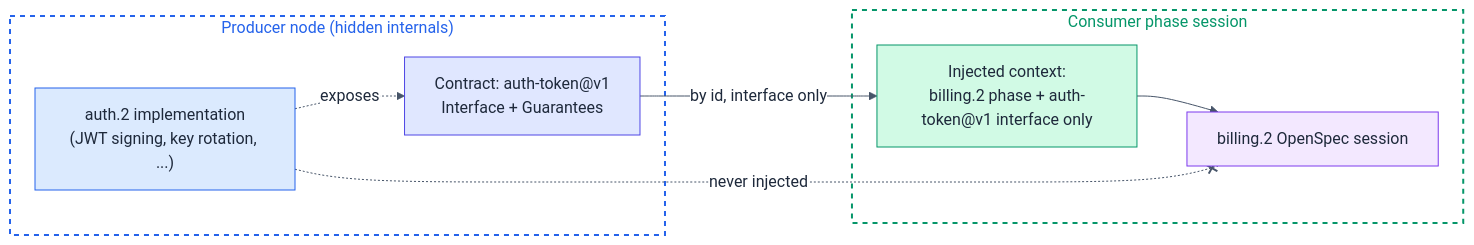
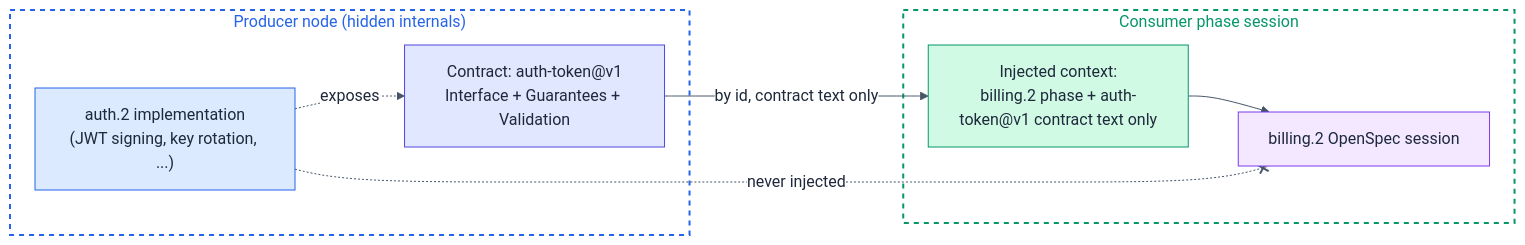
The third of 4 diagrams in spec/hsdd-spec-v0_10.md (mpurbo/hsdd), drawn with Mermaid before and after one commit. The commit also changed other lines of this file and 8 other files, not shown here.

First line of the commit message:
fix(hsdd-config): inject each contract's Validation; add the referenced direction

````diff
--- a/spec/hsdd-spec-v0_10.md
+++ b/spec/hsdd-spec-v0_10.md
@@ -553,25 +558,25 @@
 ```mermaid
 %%{init:{'theme':'base','themeVariables':{'primaryTextColor':'#1e293b','lineColor':'#475569','edgeLabelBackground':'#ffffff','tertiaryTextColor':'#1e293b'}}}%%
 flowchart LR
     subgraph producer ["Producer node (hidden internals)"]
         pi["auth.2 implementation<br/>(JWT signing, key rotation, ...)"]
-        c["Contract: auth-token@v1<br/>Interface + Guarantees"]
+        c["Contract: auth-token@v1<br/>Interface + Guarantees + Validation"]
         pi -. exposes .-> c
     end
 
     subgraph consumer ["Consumer phase session"]
         sess["billing.2 OpenSpec session"]
-        ctx["Injected context:<br/>billing.2 phase + auth-token@v1 interface only"]
+        ctx["Injected context:<br/>billing.2 phase + auth-token@v1 contract text only"]
         ctx --> sess
     end
 
-    c -- by id, interface only --> ctx
+    c -- by id, contract text only --> ctx
     pi -. never injected .-x sess
 
     style producer fill:none,stroke:#2563eb,stroke-dasharray: 5 5,stroke-width:2px,color:#2563eb
     style consumer fill:none,stroke:#059669,stroke-dasharray: 5 5,stroke-width:2px,color:#059669
     style pi fill:#dbeafe,stroke:#2563eb,color:#1e293b
     style c fill:#e0e7ff,stroke:#4f46e5,color:#1e293b
     style sess fill:#f3e8ff,stroke:#7c3aed,color:#1e293b
     style ctx fill:#d1fae5,stroke:#059669,color:#1e293b
 ```
````
